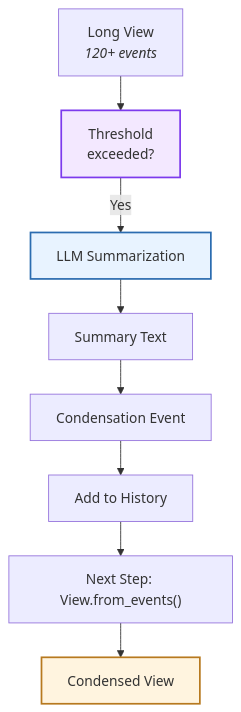
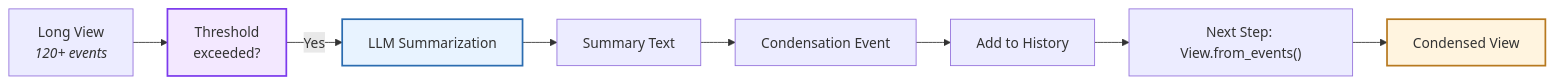
One commit to OpenHands/docs changed the third of 11 diagrams in sdk/arch/condenser.mdx. Above: the diagram before and after it, drawn with Mermaid.

````diff
--- a/sdk/arch/condenser.mdx
+++ b/sdk/arch/condenser.mdx
@@ -100,24 +100,24 @@
 ```mermaid
 %%{init: {"theme": "default", "flowchart": {"nodeSpacing": 30, "rankSpacing": 40}} }%%
-flowchart TB
+flowchart LR
     View["Long View<br><i>120+ events</i>"]
     Check["Threshold<br>exceeded?"]
     Summarize["LLM Summarization"]
     Summary["Summary Text"]
     Metadata["Condensation Event"]
     AddToHistory["Add to History"]
     NextStep["Next Step: View.from_events()"]
     NewView["Condensed View"]
     
     View --> Check
     Check -->|Yes| Summarize
     Summarize --> Summary
     Summary --> Metadata
     Metadata --> AddToHistory
     AddToHistory --> NextStep
     NextStep --> NewView
     
     style Check fill:#f3e8ff,stroke:#7c3aed,stroke-width:2px
     style Summarize fill:#e8f3ff,stroke:#2b6cb0,stroke-width:2px
     style NewView fill:#fff4df,stroke:#b7791f,stroke-width:2px
 ```
````
